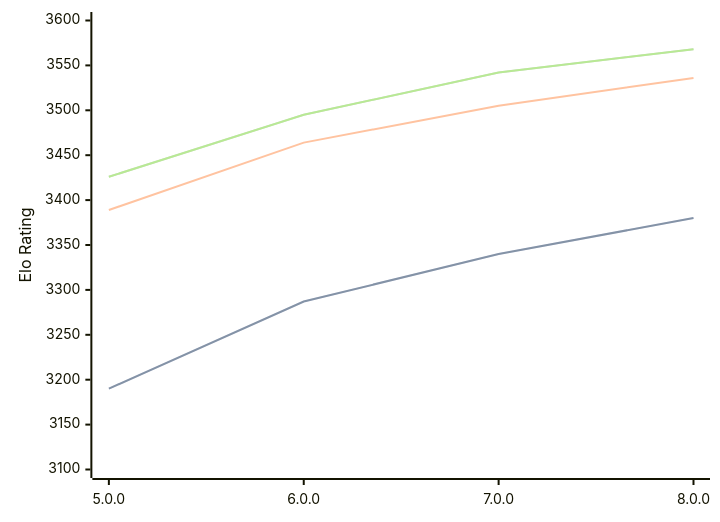
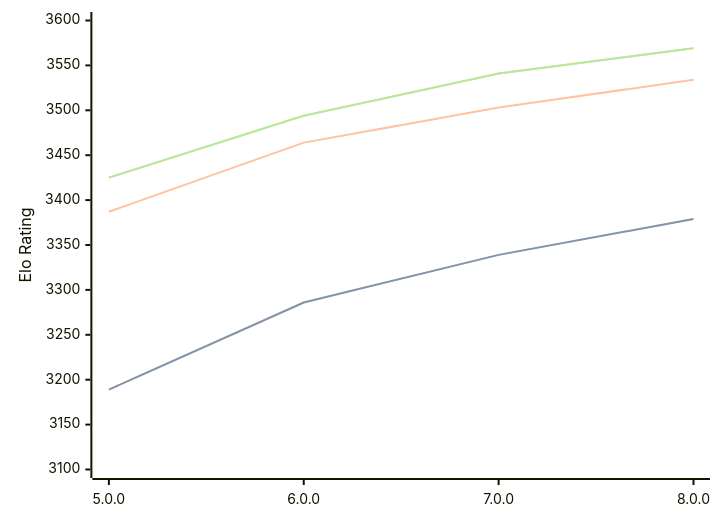
The diagram in engines/Stormphrax.md (computer-chess-index/cci), drawn with Mermaid before and after one commit. The commit also changed other lines of this file, not shown here.

Commit message:
Update CCI Ratings (ELO VLTC) - 2026-08-04

````diff
--- a/engines/Stormphrax.md
+++ b/engines/Stormphrax.md
@@ -39,11 +39,11 @@
 ```mermaid
 %%{init: {"theme":"base","themeVariables":{"seriesColors:['#a3a3a3','#222221','#faa371']}}}%%
 xychart-beta
   x-axis ["5.0.0", "6.0.0", "7.0.0", "8.0.0"]
   y-axis "Elo Rating" 3100 --> 3600
-  line "STC (8.0+0.08s)" [3190, 3287, 3340, 3380]
-  line "STC (8.0+0.08s)" [3190, 3287, 3340, 3380]
-  line "LTC (60.0+0.60s)" [3389, 3464, 3505, 3536]
-  line "VLTC (2m24s+1.12s)" [3426, 3495, 3542, 3568]
-  line "VLTC (2m24s+1.12s)" [3426, 3495, 3542, 3568]
+  line "STC (8.0+0.08s)" [3189, 3286, 3339, 3379]
+  line "STC (8.0+0.08s)" [3189, 3286, 3339, 3379]
+  line "LTC (60.0+0.60s)" [3387, 3464, 3503, 3534]
+  line "VLTC (2m24s+1.12s)" [3425, 3494, 3541, 3569]
+  line "VLTC (2m24s+1.12s)" [3425, 3494, 3541, 3569]
 ```
````
